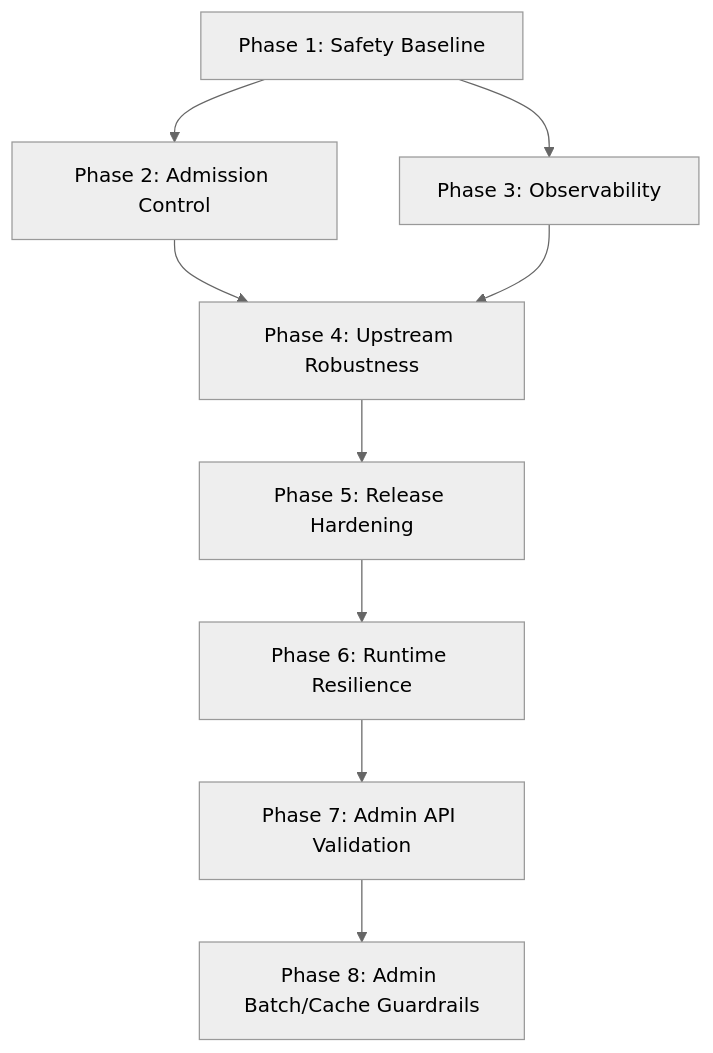
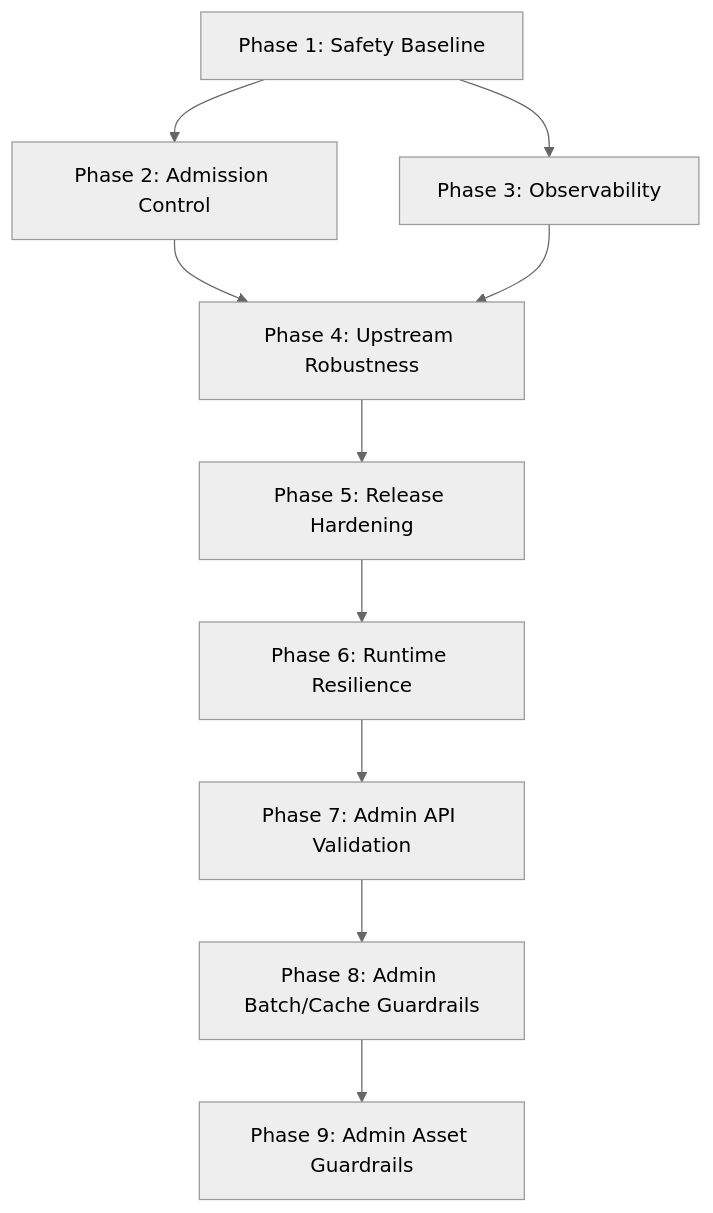
One commit to DeliciousBuding/grok2api changed the diagram in docs/plan/dependency-graph.md. Above: the diagram before and after it, drawn with Mermaid (neutral theme). The commit also changed other lines of this file and 10 other files, not shown here.

Commit message:
Harden admin asset guardrails

````diff
--- a/docs/plan/dependency-graph.md
+++ b/docs/plan/dependency-graph.md
@@ -5,11 +5,12 @@
 ```mermaid
 graph TD
   P1["Phase 1: Safety Baseline"] --> P2["Phase 2: Admission Control"]
   P1 --> P3["Phase 3: Observability"]
   P2 --> P4["Phase 4: Upstream Robustness"]
   P3 --> P4
   P4 --> P5["Phase 5: Release Hardening"]
   P5 --> P6["Phase 6: Runtime Resilience"]
   P6 --> P7["Phase 7: Admin API Validation"]
   P7 --> P8["Phase 8: Admin Batch/Cache Guardrails"]
+  P8 --> P9["Phase 9: Admin Asset Guardrails"]
 ```
````
